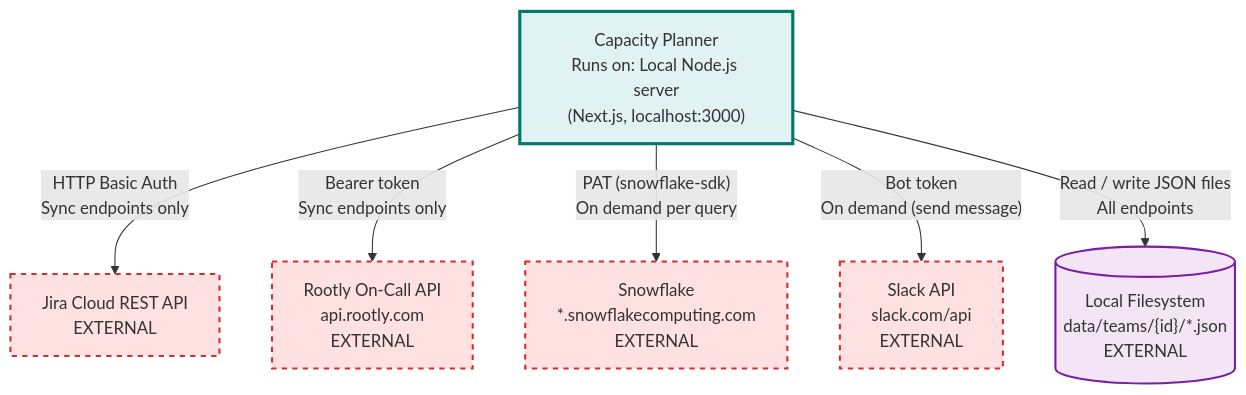
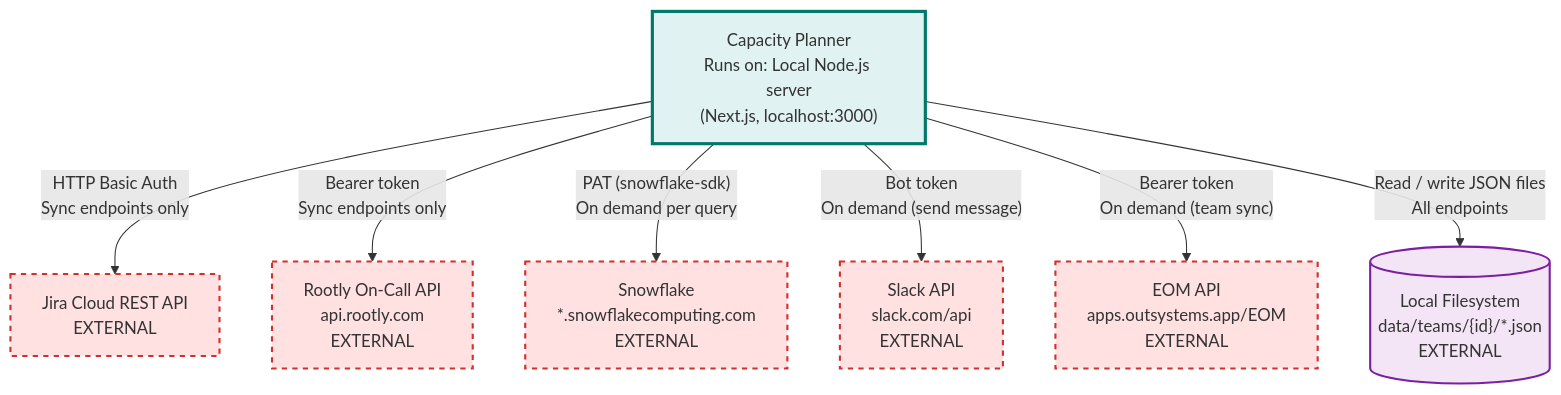
One commit to ritatinoco/manager-notebook changed the diagram in ARCHITECTURE.md. Above: the diagram before and after it, drawn with Mermaid. The commit also changed other lines of this file and 2 other files, not shown here.

First line of the commit message:
Document EOM team sync and avatar handling

````diff
--- a/ARCHITECTURE.md
+++ b/ARCHITECTURE.md
@@ -16,24 +16,26 @@
 ```mermaid
 graph TB
     App["Capacity Planner<br/>Runs on: Local Node.js server<br/>(Next.js, localhost:3000)"]
 
     Jira["Jira Cloud REST API<br/>EXTERNAL"]
     Rootly["Rootly On-Call API<br/>api.rootly.com<br/>EXTERNAL"]
     Snowflake["Snowflake<br/>*.snowflakecomputing.com<br/>EXTERNAL"]
     Slack["Slack API<br/>slack.com/api<br/>EXTERNAL"]
+    EOM["EOM API<br/>apps.outsystems.app/EOM<br/>EXTERNAL"]
     FS[("Local Filesystem<br/>data/teams/{id}/*.json<br/>EXTERNAL")]
 
     App -->|"HTTP Basic Auth<br/>Sync endpoints only"| Jira
     App -->|"Bearer token<br/>Sync endpoints only"| Rootly
     App -->|"PAT (snowflake-sdk)<br/>On demand per query"| Snowflake
     App -->|"Bot token<br/>On demand (send message)"| Slack
+    App -->|"Bearer token<br/>On demand (team sync)"| EOM
     App -->|"Read / write JSON files<br/>All endpoints"| FS
 
     classDef thisRepo fill:#e0f2f1,stroke:#00796b,stroke-width:3px
     classDef external fill:#ffe1e1,stroke:#d32f2f,stroke-width:2px,stroke-dasharray: 5 5
     classDef database fill:#f3e5f5,stroke:#7b1fa2,stroke-width:2px
 
     class App thisRepo
-    class Jira,Rootly,Snowflake,Slack external
+    class Jira,Rootly,Snowflake,Slack,EOM external
     class FS database
 ```
````
